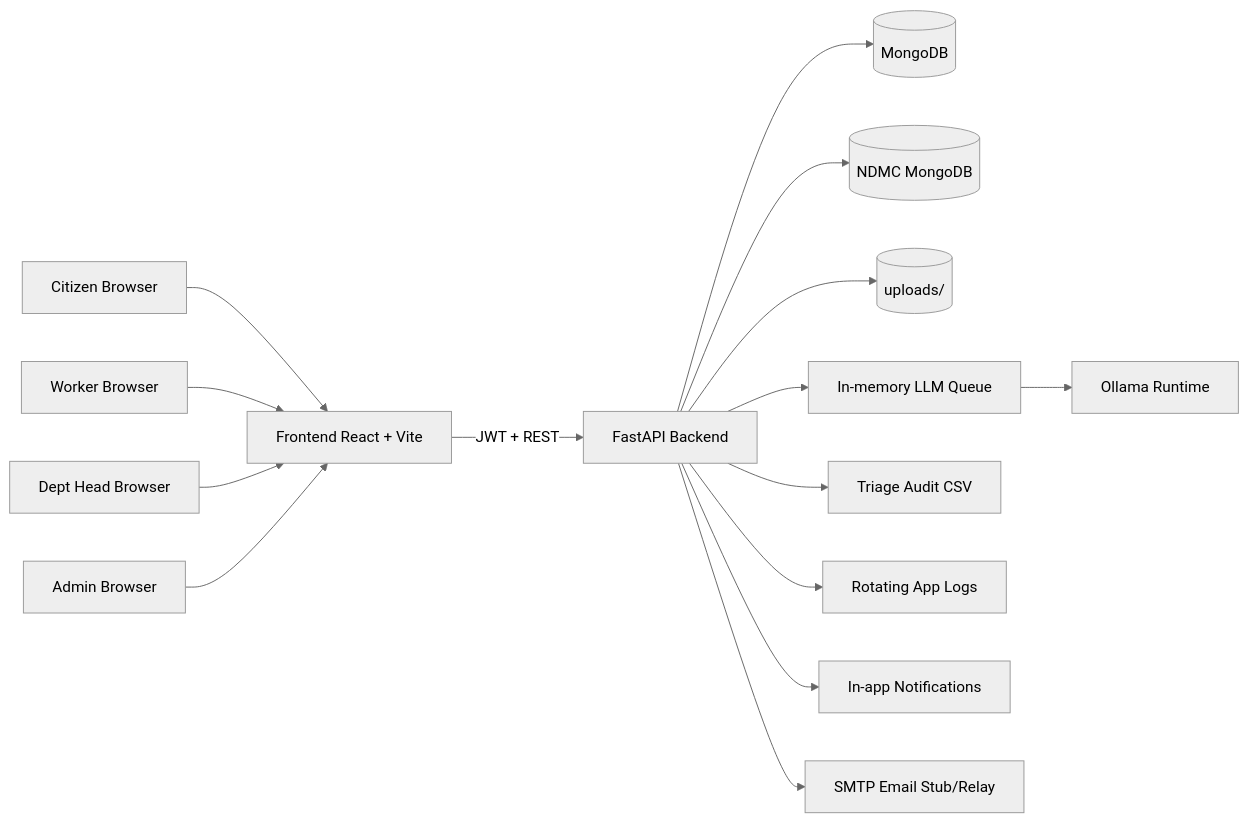
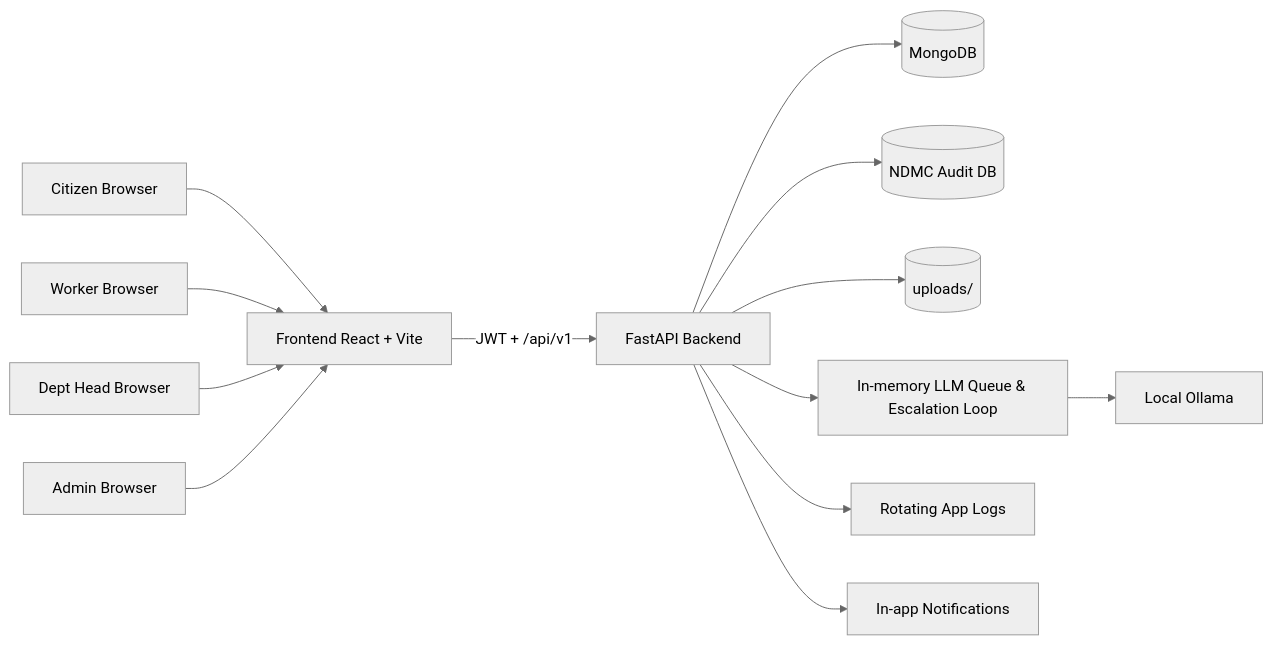
One commit to ark5234/Jan-Sunwai-AI changed the first of 3 diagrams in README.md. Above: the diagram before and after it, drawn with Mermaid (neutral theme). The commit also changed other lines of this file and 21 other files, not shown here.

First line of the commit message:
Update LaTeX documents and add detailed diagrams for System Architecture and Design

````diff
--- a/README.md
+++ b/README.md
@@ -24,21 +30,18 @@
 ```mermaid
 flowchart LR
     Citizen[Citizen Browser] --> FE[Frontend React + Vite]
     Worker[Worker Browser] --> FE
     DeptHead[Dept Head Browser] --> FE
     Admin[Admin Browser] --> FE
 
-    FE -->|JWT + REST| API[FastAPI Backend]
+    FE -->|JWT + /api/v1| API[FastAPI Backend]
 
     API --> DB[(MongoDB)]
-    API --> NDMC_DB[(NDMC MongoDB)]
+    API --> NDMC_DB[(NDMC Audit DB)]
     API --> Uploads[(uploads/)]
-    API --> Queue[In-memory LLM Queue]
-    Queue --> Ollama[Ollama Runtime]
+    API --> Queue[In-memory LLM Queue & Escalation Loop]
+    Queue --> Ollama[Local Ollama]
 
-    API --> Triage[Triage Audit CSV]
     API --> Logs[Rotating App Logs]
-
     API --> Notify[In-app Notifications]
-    API --> Mail[SMTP Email Stub/Relay]
 ```
````
